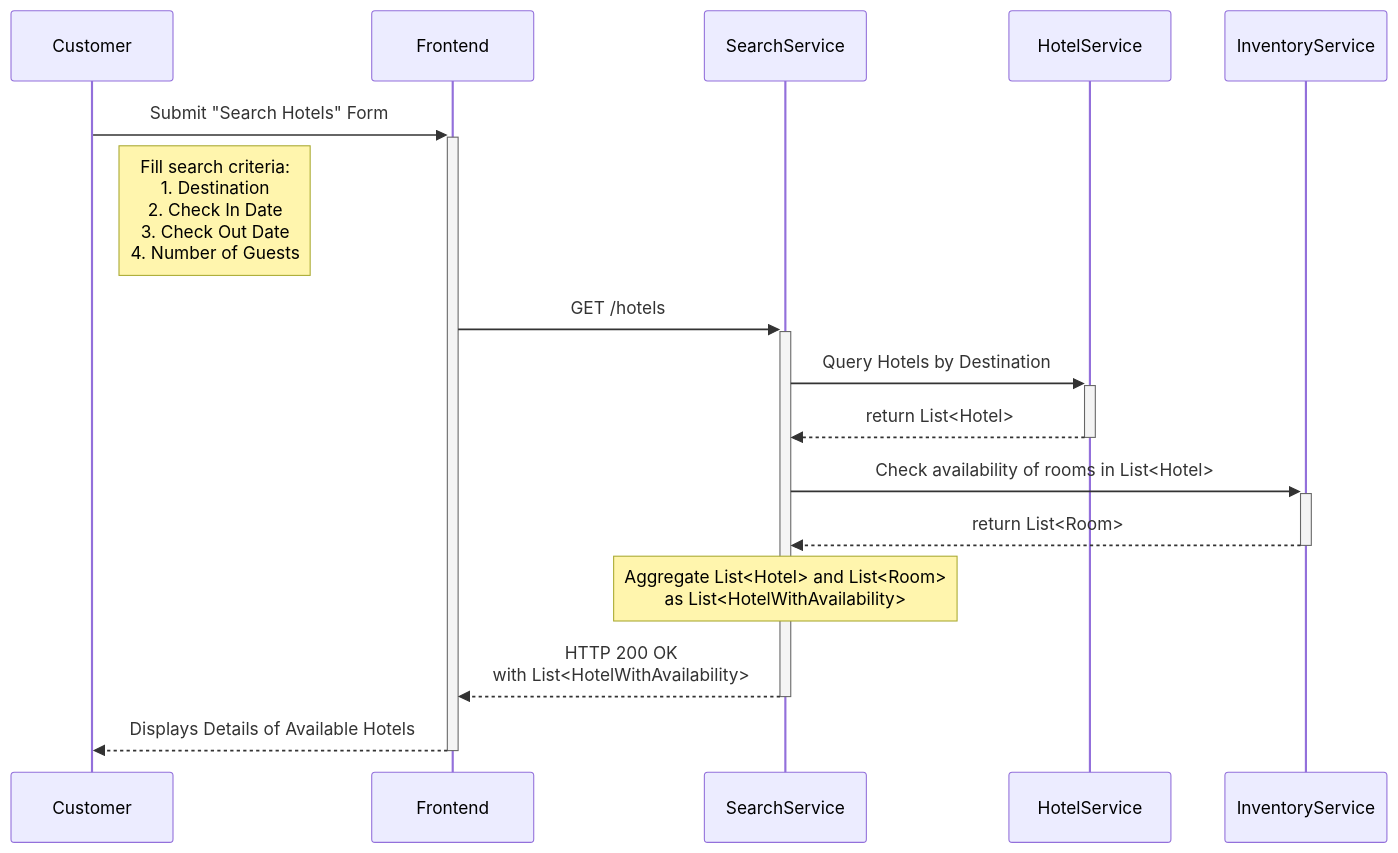
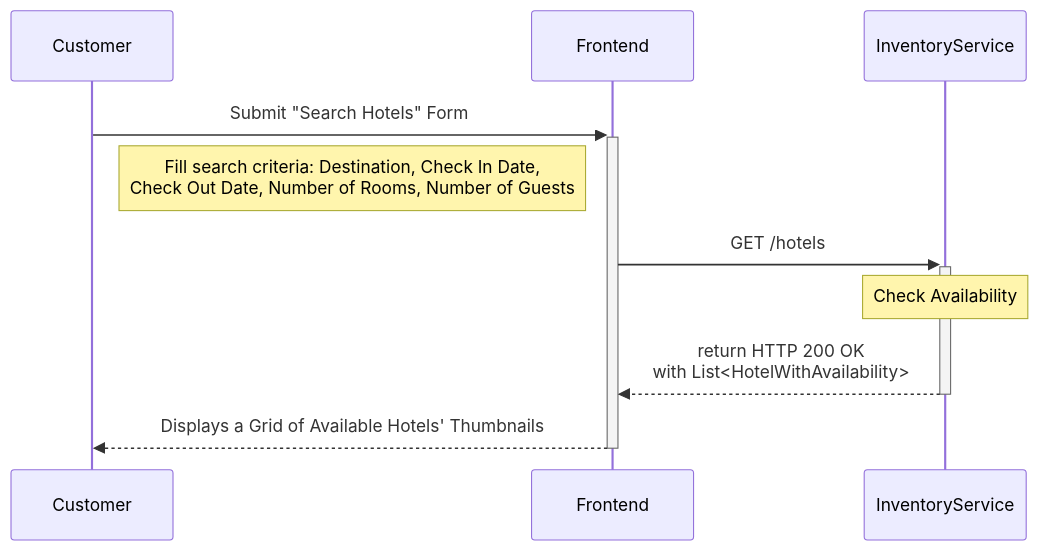
Before and after one commit to NishchayAnand/software-engineering: the first of 3 diagrams in Distributed Systems/Case Studies/Case Study 5. Hotel Reservation System/2. Sequence Flow.md, drawn with Mermaid. The commit also changed other lines of this file and 1 other file, not shown here.

Commit message:
understanding sequence flow of view hotel details and make a reservation use cases

````diff
--- a/Distributed Systems/Case Studies/Case Study 5. Hotel Reservation System/2. Sequence Flow.md
+++ b/Distributed Systems/Case Studies/Case Study 5. Hotel Reservation System/2. Sequence Flow.md
@@ -25,31 +25,19 @@
 ```mermaid
 sequenceDiagram
 	participant C as Customer
 	participant UI as Frontend
-	participant SS as SearchService
-	participant HS as HotelService
 	participant IS as InventoryService
 
 	%% Interaction 1: Submit "Search Hotels" Form
 	C->>+UI: Submit "Search Hotels" Form
-	Note right of C: Fill search criteria: <br/>1. Destination <br/>2. Check In Date <br/>3. Check Out Date <br/>4. Number of Guests
+	Note right of C: Fill search criteria: Destination, Check In Date, <br/> Check Out Date, Number of Rooms, Number of Guests
 
-	%% Interaction 2: Frontend -> SearchService
-	UI->>+SS: GET /hotels
-
-	%% Interaction 3: SearchService -> HotelService
-	SS->>+HS: Query Hotels by Destination
-	HS-->>-SS: return List<Hotel>
-
-	%% Interaction 4: SearchService -> InventoryService
-	SS->>+IS: Check availability of rooms in List<Hotel>
-	IS-->>-SS: return List<Room>
-
-	%% Aggregation
-	Note over SS: Aggregate List<Hotel> and List<Room> <br/>as List<HotelWithAvailability>
-
+	%% Interaction 2: Frontend -> InventoryService
+	UI->>+IS: GET /hotels
+	Note over IS: Check Availability
+	
 	%% Final response
-	SS-->>-UI: HTTP 200 OK <br/>with List<HotelWithAvailability>
-	UI-->>-C: Displays Details of Available Hotels
+	IS-->>-UI: return HTTP 200 OK <br/>with List<HotelWithAvailability>
+	UI-->>-C: Displays a Grid of Available Hotels' Thumbnails
 
 ```
````
